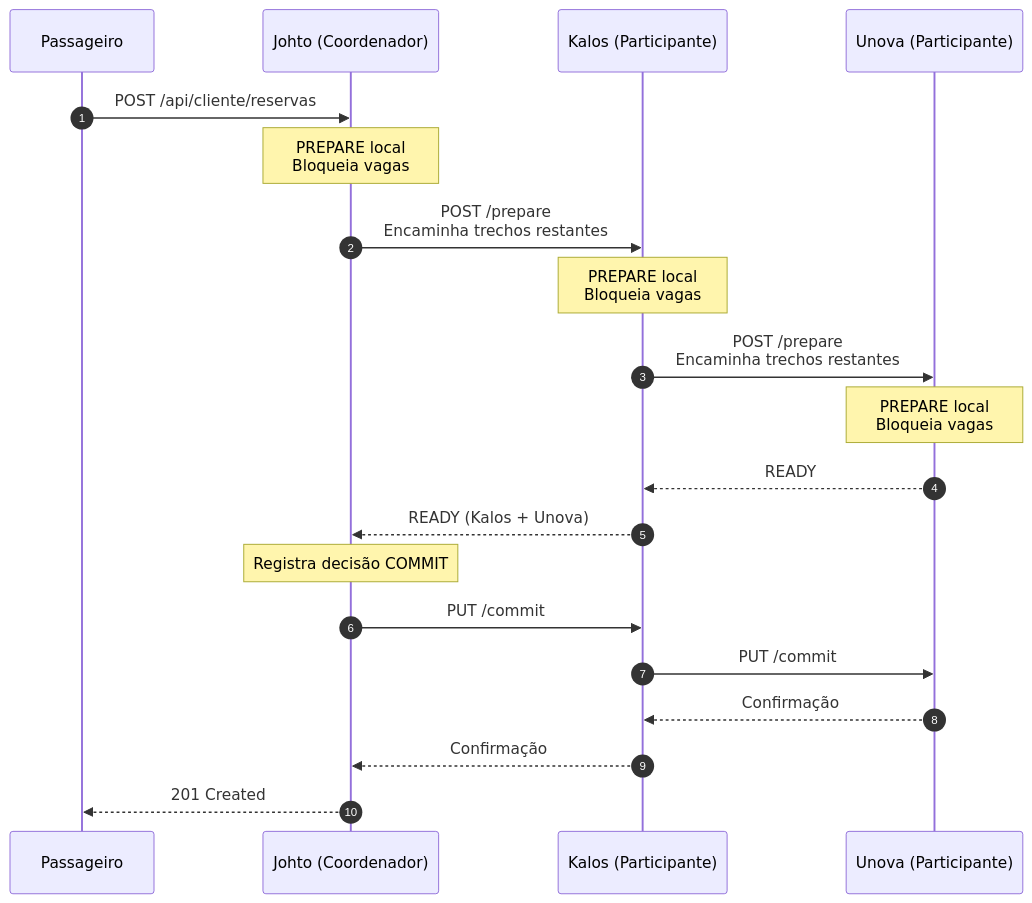
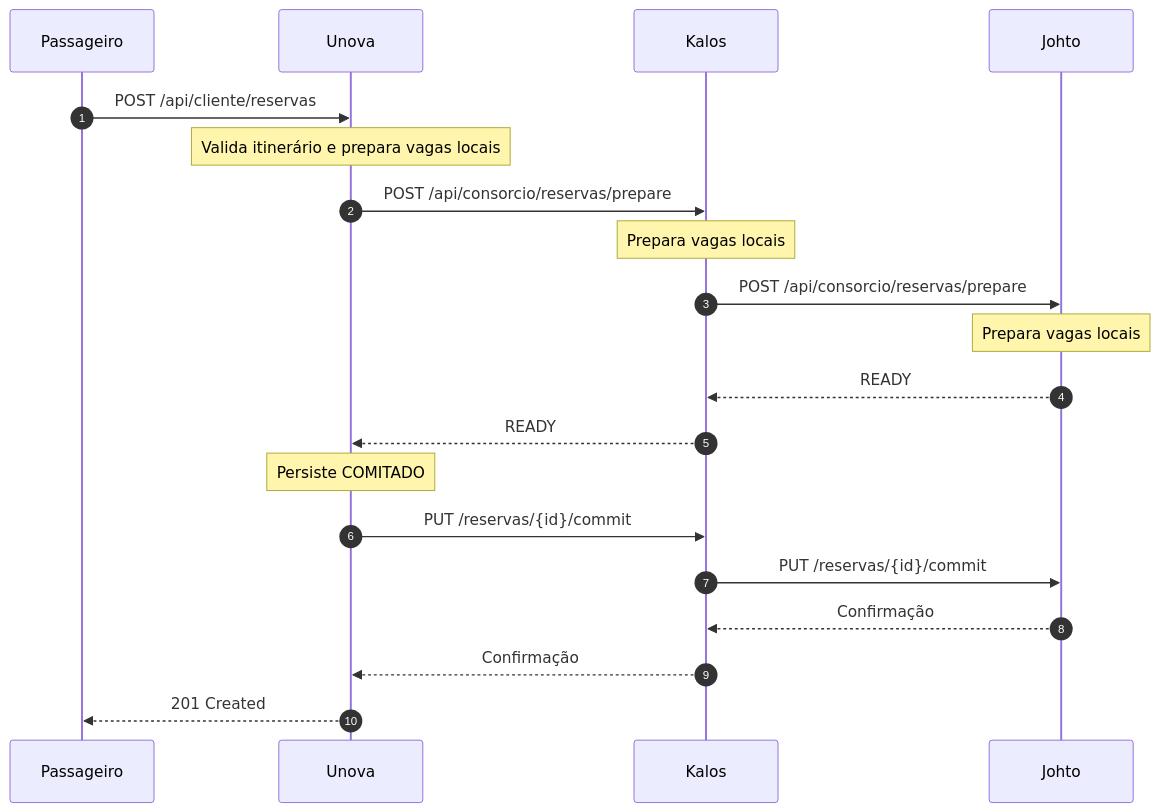
The second of 4 diagrams in README.md (TaylonLu/MI_Redes_VaiJunto), drawn with Mermaid before and after one commit. The commit also changed other lines of this file, not shown here.

````diff
--- a/README.md
+++ b/README.md
@@ -556,30 +1736,30 @@
 ```mermaid
 sequenceDiagram
     autonumber
     participant P as Passageiro
-    participant J as Johto (Coordenador)
-    participant K as Kalos (Participante)
-    participant U as Unova (Participante)
+    participant U as Unova
+    participant K as Kalos
+    participant J as Johto
 
-    P->>J: POST /api/cliente/reservas
-    Note over J: PREPARE local<br/>Bloqueia vagas
+    P->>U: POST /api/cliente/reservas
+    Note over U: Valida itinerário e prepara vagas locais
 
-    J->>K: POST /prepare<br/>Encaminha trechos restantes
-    Note over K: PREPARE local<br/>Bloqueia vagas
+    U->>K: POST /api/consorcio/reservas/prepare
+    Note over K: Prepara vagas locais
 
-    K->>U: POST /prepare<br/>Encaminha trechos restantes
-    Note over U: PREPARE local<br/>Bloqueia vagas
+    K->>J: POST /api/consorcio/reservas/prepare
+    Note over J: Prepara vagas locais
 
-    U-->>K: READY
-    K-->>J: READY (Kalos + Unova)
+    J-->>K: READY
+    K-->>U: READY
 
-    Note over J: Registra decisão COMMIT
+    Note over U: Persiste COMITADO
 
-    J->>K: PUT /commit
-    K->>U: PUT /commit
+    U->>K: PUT /reservas/{id}/commit
+    K->>J: PUT /reservas/{id}/commit
 
-    U-->>K: Confirmação
-    K-->>J: Confirmação
+    J-->>K: Confirmação
+    K-->>U: Confirmação
 
-    J-->>P: 201 Created
+    U-->>P: 201 Created
 ```
````
